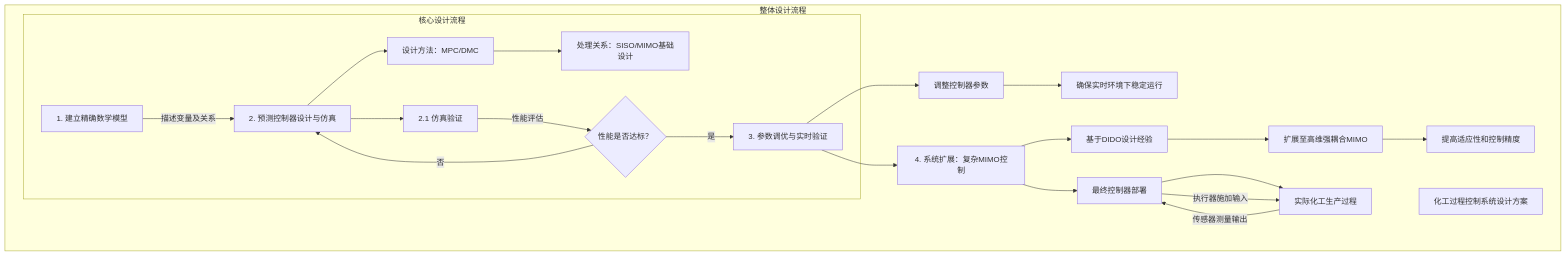
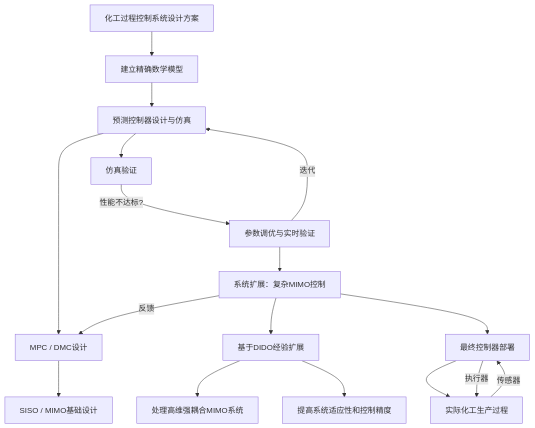
One commit to Hany1liang/iodraw-files changed the diagram in all/未命名-1.md. Above: the diagram before and after it, drawn with Mermaid.

Commit message:
2025-06-20 11:48:12 update

````diff
--- a/all/未命名-1.md
+++ b/all/未命名-1.md
@@ -1,47 +1,40 @@
 ```mermaid
-flowchart TD
 
-subgraph 整体设计流程
 
-A[化工过程控制系统设计方案]
+graph TD
 
-subgraph 核心设计流程
+A[化工过程控制系统设计方案] --> B[建立精确数学模型]
 
-B[1. 建立精确数学模型] -->|描述变量及关系| C[2. 预测控制器设计与仿真]
+B --> C[预测控制器设计与仿真]
 
-C --> D[设计方法：MPC/DMC]
+C --> D[MPC / DMC设计]
 
-D --> E[处理关系：SISO/MIMO基础设计]
+D --> E[SISO / MIMO基础设计]
 
-C --> F[2.1 仿真验证]
+C --> F[仿真验证]
 
-F -->|性能评估| G{性能是否达标？}
+F -->|性能不达标?| G[参数调优与实时验证]
 
-G -->|是| H[3. 参数调优与实时验证]
+G -->|迭代| C
 
-G -->|否| C
+G --> H[系统扩展：复杂MIMO控制]
 
-end
+H --> I[基于DIDO经验扩展]
 
-H --> I[调整控制器参数]
+I --> J[处理高维强耦合MIMO系统]
 
-I --> J[确保实时环境下稳定运行]
+I --> K[提高系统适应性和控制精度]
 
-H --> K[4. 系统扩展：复杂MIMO控制]
+H --> L[最终控制器部署]
 
-K --> L[基于DIDO设计经验]
+L --> M[实际化工生产过程]
 
-L --> M[扩展至高维强耦合MIMO]
+M -->|传感器| L
 
-M --> N[提高适应性和控制精度]
+L -->|执行器| M
 
-K --> O[最终控制器部署]
+H -->|反馈| D
 
-O --> P[实际化工生产过程]
 
-P -->|传感器测量输出| O
 
-O -->|执行器施加输入| P
-
-end
 ```
````
